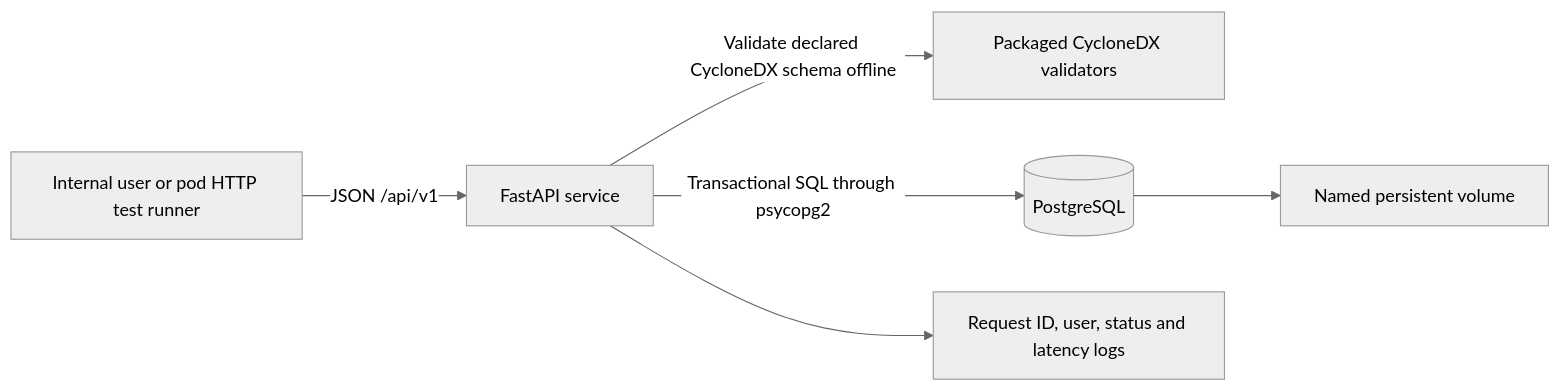
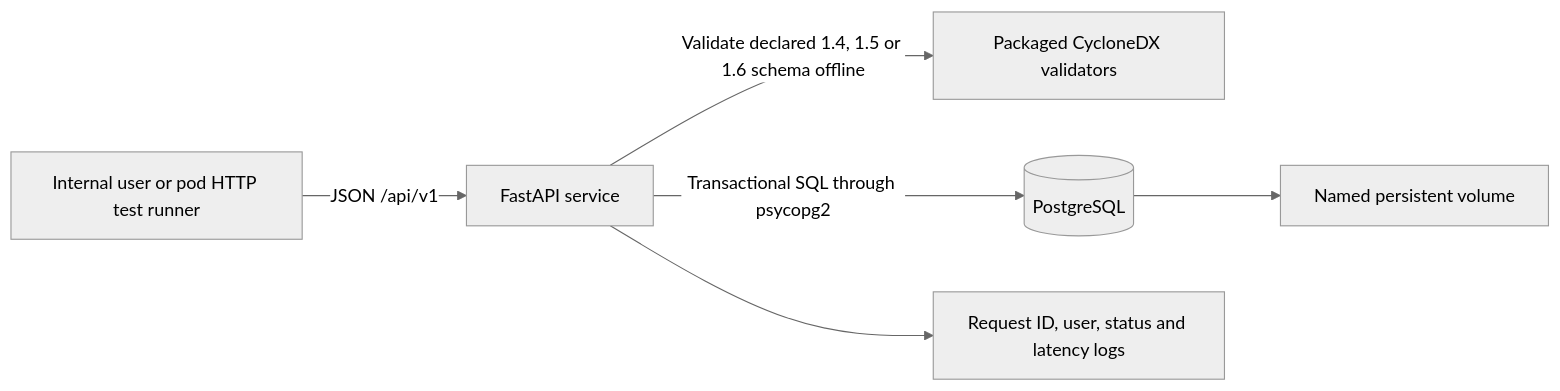
The first of 3 diagrams in docs/models.md (Awesomegardener/ECE30861_Phase_3), drawn with Mermaid (neutral theme) before and after one commit. The commit also changed other lines of this file and 11 other files, not shown here.

````diff
--- a/docs/models.md
+++ b/docs/models.md
@@ -8,8 +8,8 @@
 ```mermaid
 flowchart LR
     U[Internal user or pod HTTP test runner] -->|JSON /api/v1| API[FastAPI service]
-    API -->|Validate declared CycloneDX schema offline| V[Packaged CycloneDX validators]
+    API -->|Validate declared 1.4, 1.5 or 1.6 schema offline| V[Packaged CycloneDX validators]
     API -->|Transactional SQL through psycopg2| DB[(PostgreSQL)]
     DB --> PV[Named persistent volume]
     API --> LOG[Request ID, user, status and latency logs]
 ```
````
